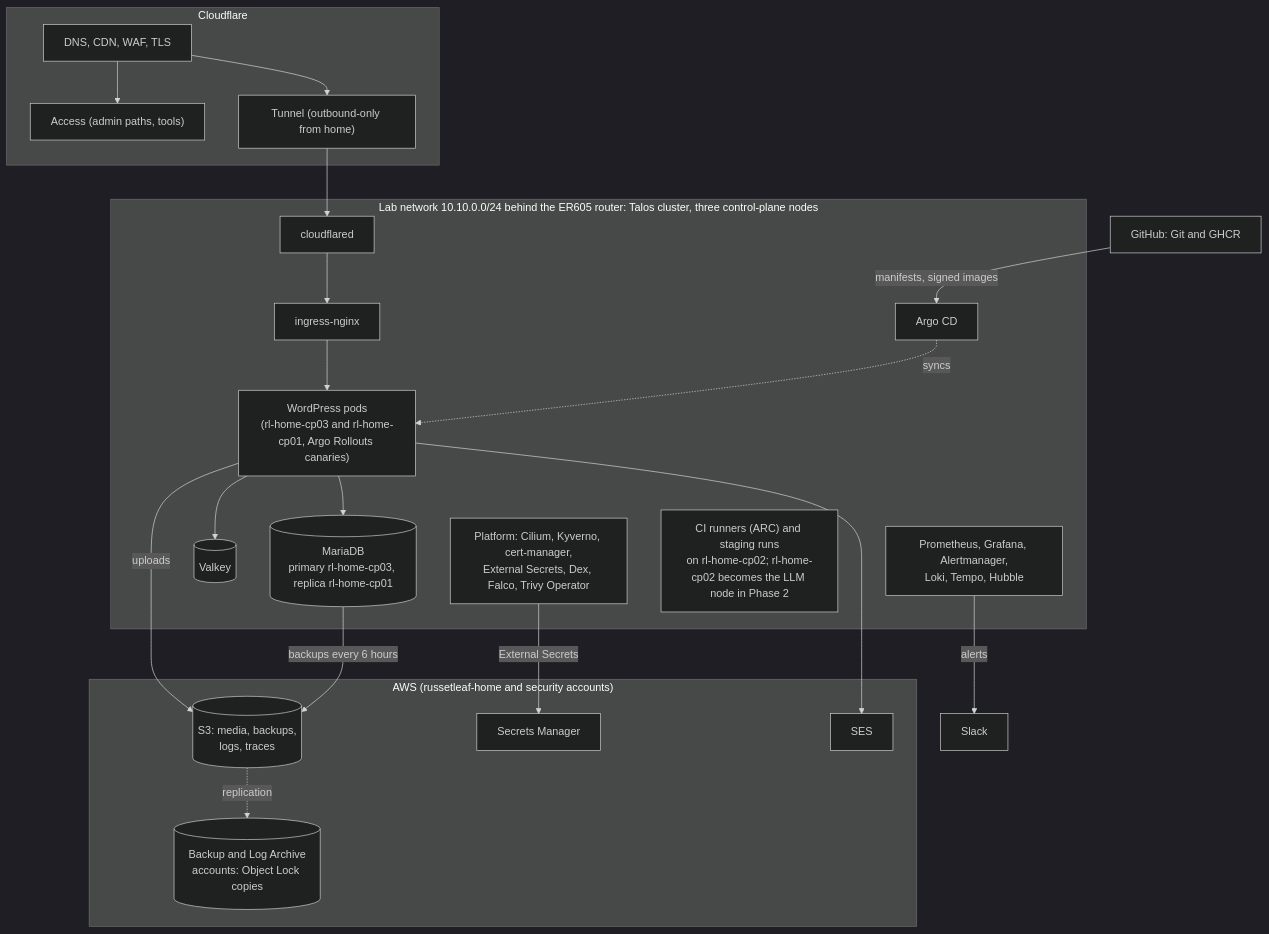
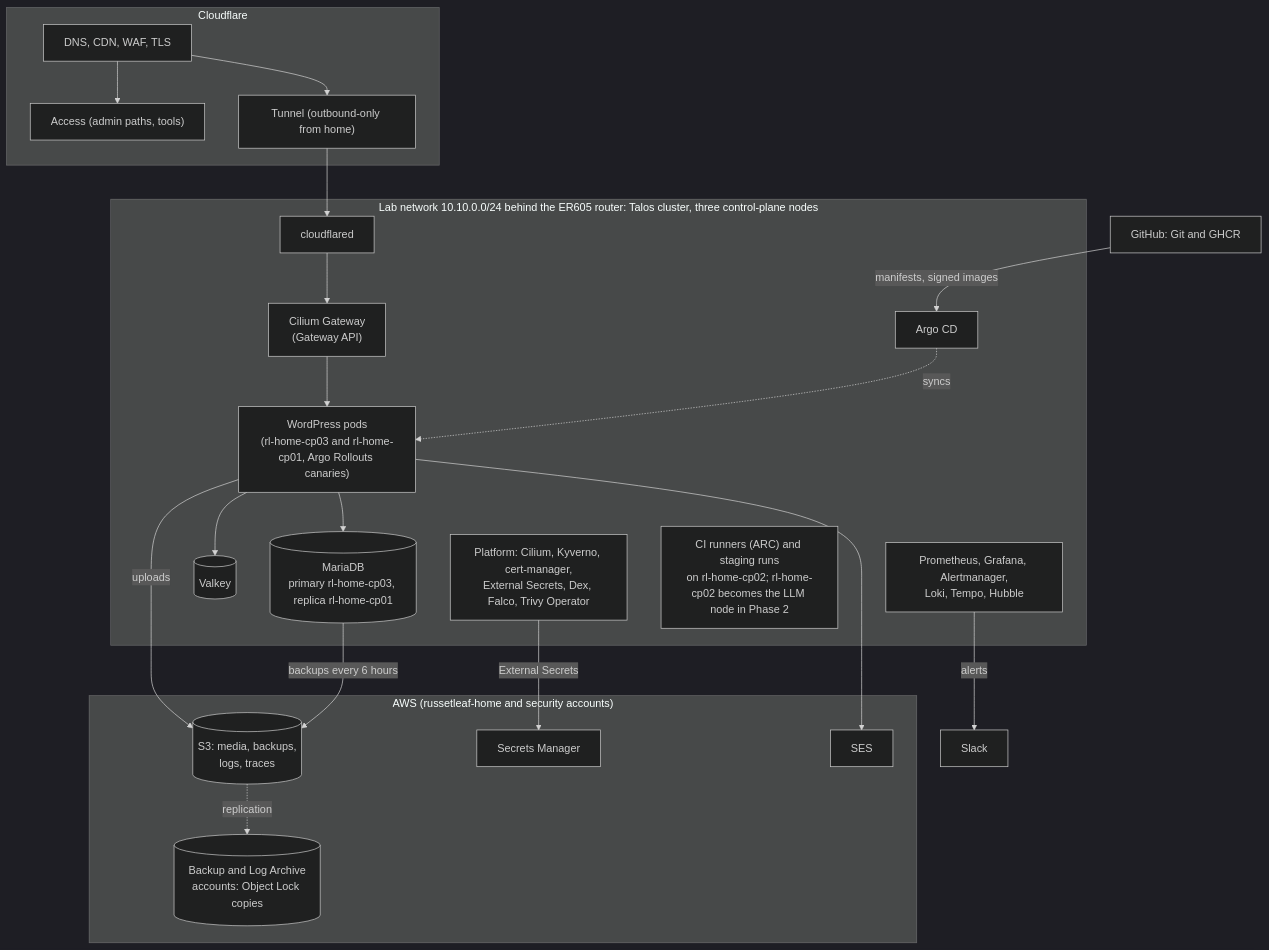
The second of 2 diagrams in docs/phase-1-russetleaf-dev/design.md (russetleaf/russetleaf-docs), drawn with Mermaid (dark theme) before and after one commit. The commit also changed other lines of this file and 31 other files, not shown here.

First line of the commit message:
Full docs review: Cilium Gateway API, fixes and outdated text

````diff
--- a/docs/phase-1-russetleaf-dev/design.md
+++ b/docs/phase-1-russetleaf-dev/design.md
@@ -40,31 +40,31 @@
 ```mermaid
 flowchart TB
   subgraph edge["Cloudflare"]
     dns["DNS, CDN, WAF, TLS"] --> access["Access (admin paths, tools)"]
     tunnel["Tunnel (outbound-only from home)"]
   end
   subgraph lab["Lab network 10.10.0.0/24 behind the ER605 router: Talos cluster, three control-plane nodes"]
-    cfd["cloudflared"] --> ingress["ingress-nginx"]
+    cfd["cloudflared"] --> ingress["Cilium Gateway<br/>(Gateway API)"]
     ingress --> wp["WordPress pods<br/>(rl-home-cp03 and rl-home-cp01, Argo Rollouts canaries)"]
     wp --> db[("MariaDB<br/>primary rl-home-cp03, replica rl-home-cp01")]
     wp --> cache[("Valkey")]
     argo["Argo CD"] -.->|syncs| wp
     plat["Platform: Cilium, Kyverno, cert-manager,<br/>External Secrets, Dex, Falco, Trivy Operator"]
     obs["Prometheus, Grafana, Alertmanager,<br/>Loki, Tempo, Hubble"]
     runners["CI runners (ARC) and staging runs<br/>on rl-home-cp02; rl-home-cp02 becomes the LLM node in Phase 2"]
   end
   subgraph aws["AWS (russetleaf-home and security accounts)"]
     s3[("S3: media, backups,<br/>logs, traces")]
     sm["Secrets Manager"]
     ses["SES"]
     backup[("Backup and Log Archive<br/>accounts: Object Lock copies")]
   end
   dns --> tunnel --> cfd
   wp -->|"uploads"| s3
   wp --> ses
   db -->|"backups every 6 hours"| s3
   plat -->|"External Secrets"| sm
   s3 -.->|replication| backup
   obs -->|alerts| slack["Slack"]
   github["GitHub: Git and GHCR"] -->|"manifests, signed images"| argo
 ```
````
